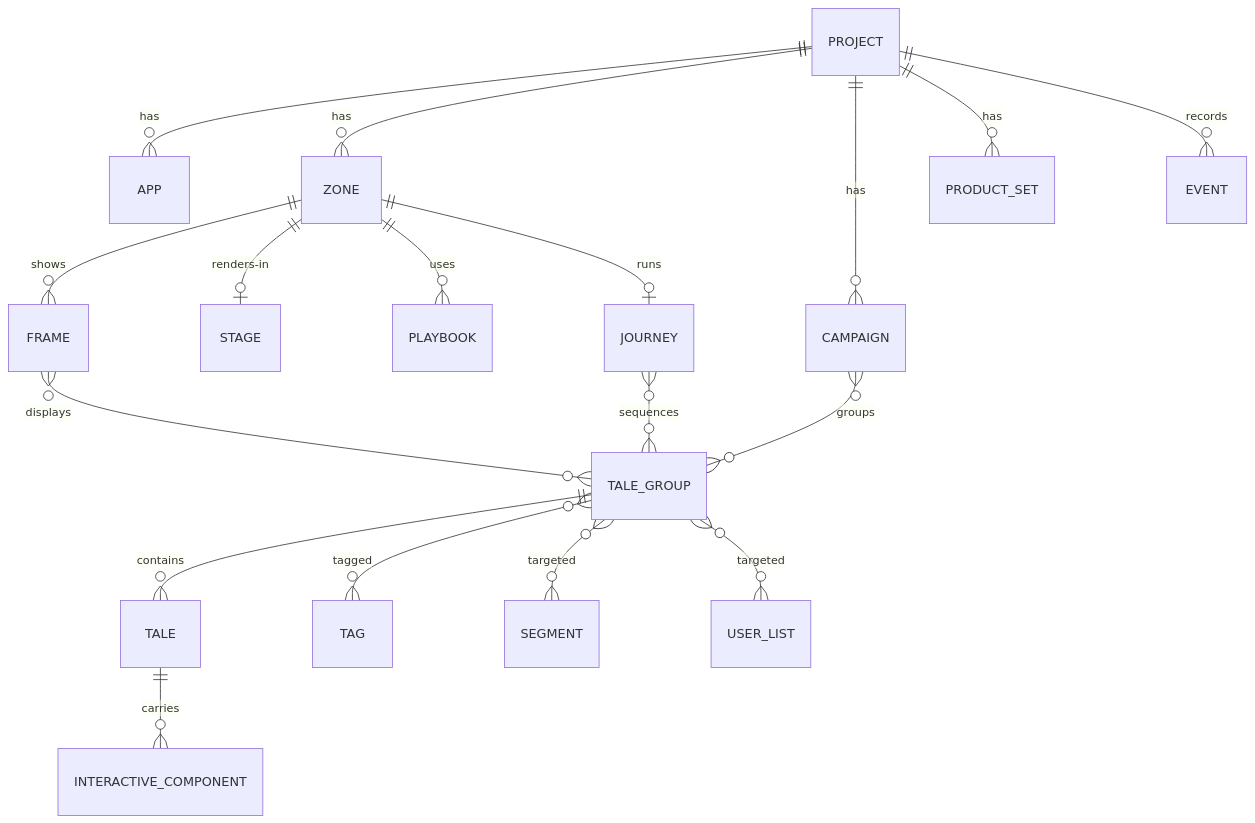
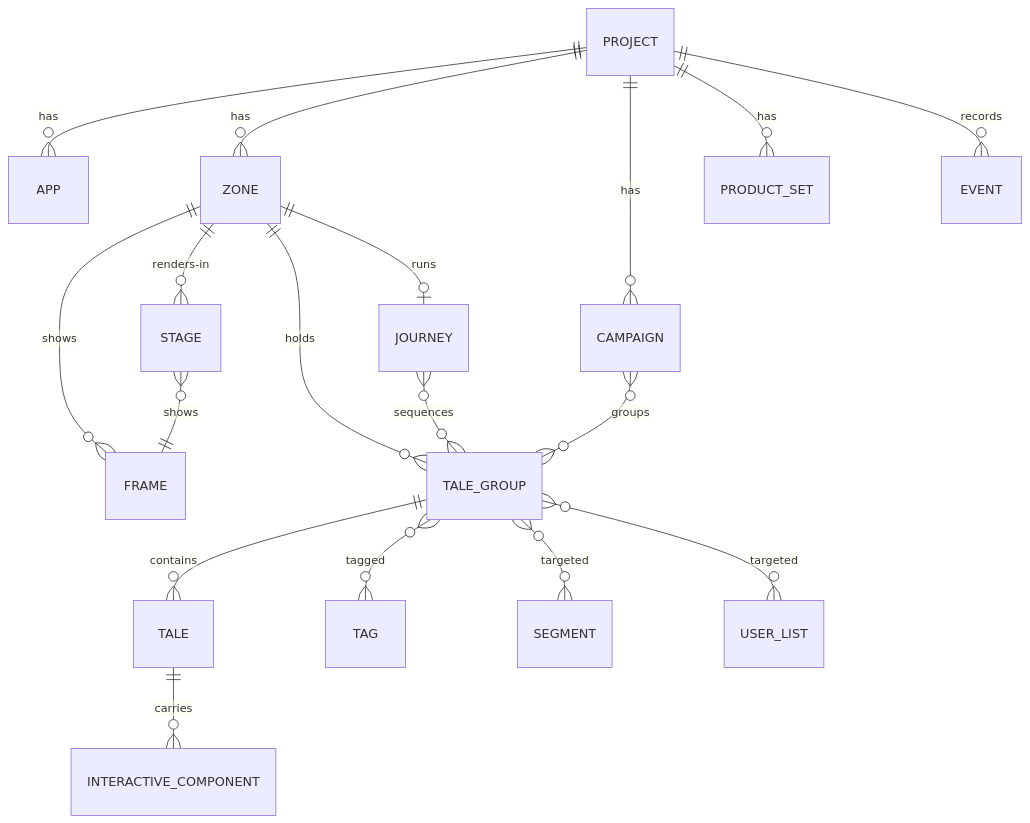
The third of 3 diagrams in _bmad-output/initiative-taleart/architecture-taleart/architecture-taleart.md (ido-lempert/Taleart), drawn with Mermaid before and after one commit. The commit also changed other lines of this file and 8 other files, not shown here.

````diff
--- a/_bmad-output/initiative-taleart/architecture-taleart/architecture-taleart.md
+++ b/_bmad-output/initiative-taleart/architecture-taleart/architecture-taleart.md
@@ -173,20 +179,20 @@
 ```mermaid
 erDiagram
   PROJECT ||--o{ APP : has
   PROJECT ||--o{ ZONE : has
   ZONE ||--o{ FRAME : shows
-  ZONE ||--o| STAGE : renders-in
-  ZONE ||--o{ PLAYBOOK : uses
-  FRAME }o--o{ TALE_GROUP : displays
+  ZONE ||--o{ STAGE : renders-in
+  STAGE }o--|| FRAME : shows
+  ZONE ||--o{ TALE_GROUP : holds
   TALE_GROUP ||--o{ TALE : contains
   TALE ||--o{ INTERACTIVE_COMPONENT : carries
   TALE_GROUP }o--o{ TAG : tagged
   TALE_GROUP }o--o{ SEGMENT : targeted
   TALE_GROUP }o--o{ USER_LIST : targeted
   PROJECT ||--o{ CAMPAIGN : has
   CAMPAIGN }o--o{ TALE_GROUP : groups
   ZONE ||--o| JOURNEY : runs
   JOURNEY }o--o{ TALE_GROUP : sequences
   PROJECT ||--o{ PRODUCT_SET : has
   PROJECT ||--o{ EVENT : records
 ```
````
